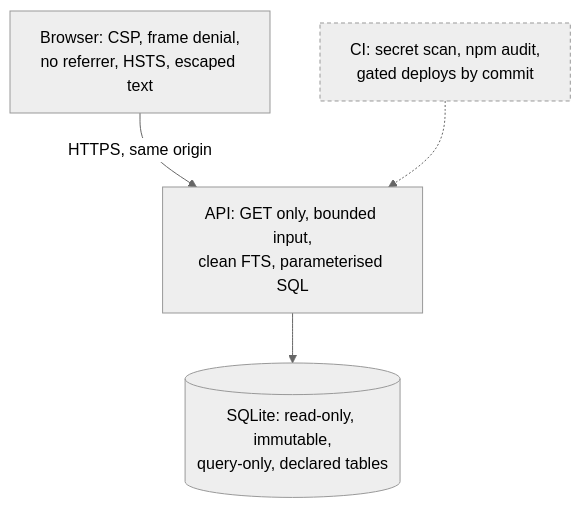
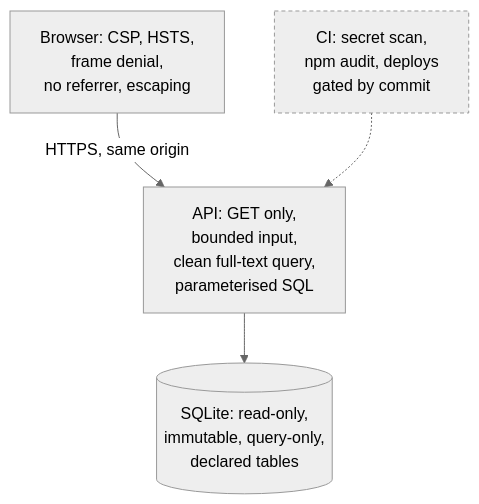
Before and after one commit to Algorythmos-AI/sggs-platform: the diagram in docs/architecture/security-and-privacy.md, drawn with Mermaid (neutral theme). The commit also changed 2 other files, not shown here.

Commit message:
docs(wiki): diagram labels broken to fit their boxes

````diff
--- a/docs/architecture/security-and-privacy.md
+++ b/docs/architecture/security-and-privacy.md
@@ -19,11 +19,11 @@
 ```mermaid
 flowchart TB
     accTitle: Defences at each layer between a reader and the database
     accDescr: In the browser, the site sends a content security policy, frame denial, no referrer, HSTS and a restrictive permissions policy, and escapes all API text. The request reaches the API on the same origin over HTTPS, so there is no CORS. The API accepts only GET, bounds every parameter, cleans full-text queries, parameterises all SQL and returns a generic body for any internal error. SQLite is opened read-only, immutable and query-only, and each context can read only the tables it declares. Beside the request path, CI scans for secrets, audits dependencies and deploys only after the required checks pass.
-    b[Browser: CSP, frame denial,<br/>no referrer, HSTS, escaped text]
-    b -->|HTTPS, same origin| api[API: GET only, bounded input,<br/>clean FTS, parameterised SQL]
-    api --> db[(SQLite: read-only, immutable,<br/>query-only, declared tables)]
-    ci[CI: secret scan, npm audit,<br/>gated deploys by commit] -.-> api
+    b[Browser: CSP, HSTS,<br/>frame denial,<br/>no referrer, escaping]
+    b -->|HTTPS, same origin| api[API: GET only,<br/>bounded input,<br/>clean full-text query,<br/>parameterised SQL]
+    api --> db[(SQLite: read-only,<br/>immutable, query-only,<br/>declared tables)]
+    ci[CI: secret scan,<br/>npm audit, deploys<br/>gated by commit] -.-> api
     class ci side
     classDef side stroke-dasharray: 4 3
 ```
````
